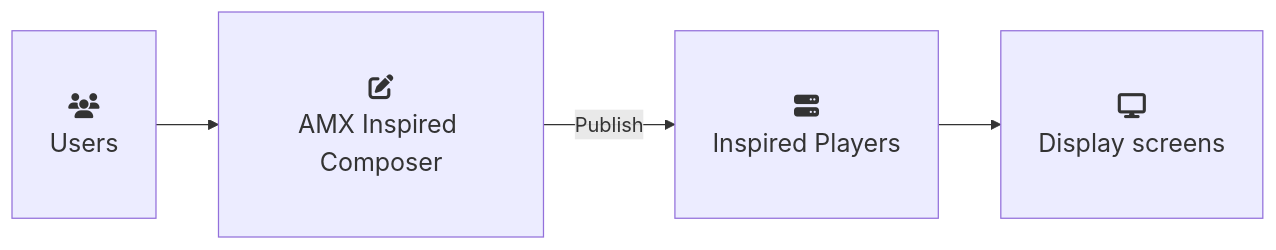
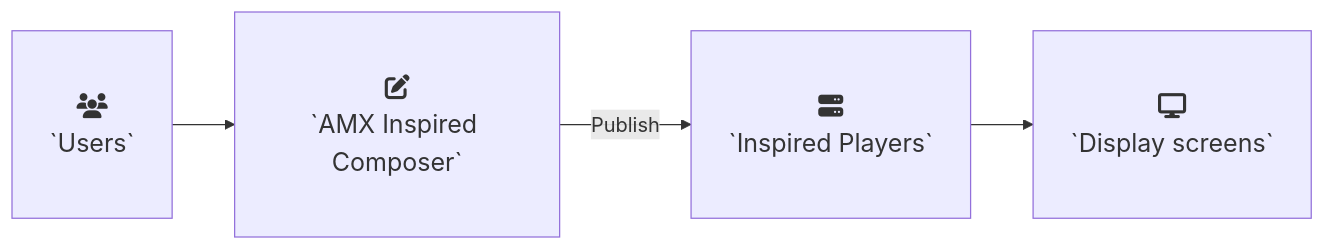
Before and after one commit to iand4096/docusaurusportfolio: the diagram in docs/docs-samples/AMXInspiredSignageComposer.md, drawn with Mermaid. The commit also changed 3 other files, not shown here.

Commit message:
fix mermaid diagrams

````diff
--- a/docs/docs-samples/AMXInspiredSignageComposer.md
+++ b/docs/docs-samples/AMXInspiredSignageComposer.md
@@ -50,14 +50,14 @@
 ```mermaid
 flowchart LR
-    USERS["fa:fa-users<br/>Users"]
-    COMPOSER["fa:fa-pen-to-square<br/>AMX Inspired Composer"]
-    PLAYERS["fa:fa-server<br/>Inspired Players"]
-    SCREENS["fa:fa-display<br/>Display screens"]
+    USERS["fa:fa-users<br/>`Users`"]
+    COMPOSER["fa:fa-pen-to-square<br/>`AMX Inspired Composer`"]
+    PLAYERS["fa:fa-server<br/>`Inspired Players`"]
+    SCREENS["fa:fa-display<br/>`Display screens`"]
 
     USERS --> COMPOSER
     COMPOSER -->|"Publish"| PLAYERS
     PLAYERS --> SCREENS
 
     classDef large font-size:20px,padding:18px;
     class USERS,COMPOSER,PLAYERS,SCREENS large;
 ```
````
